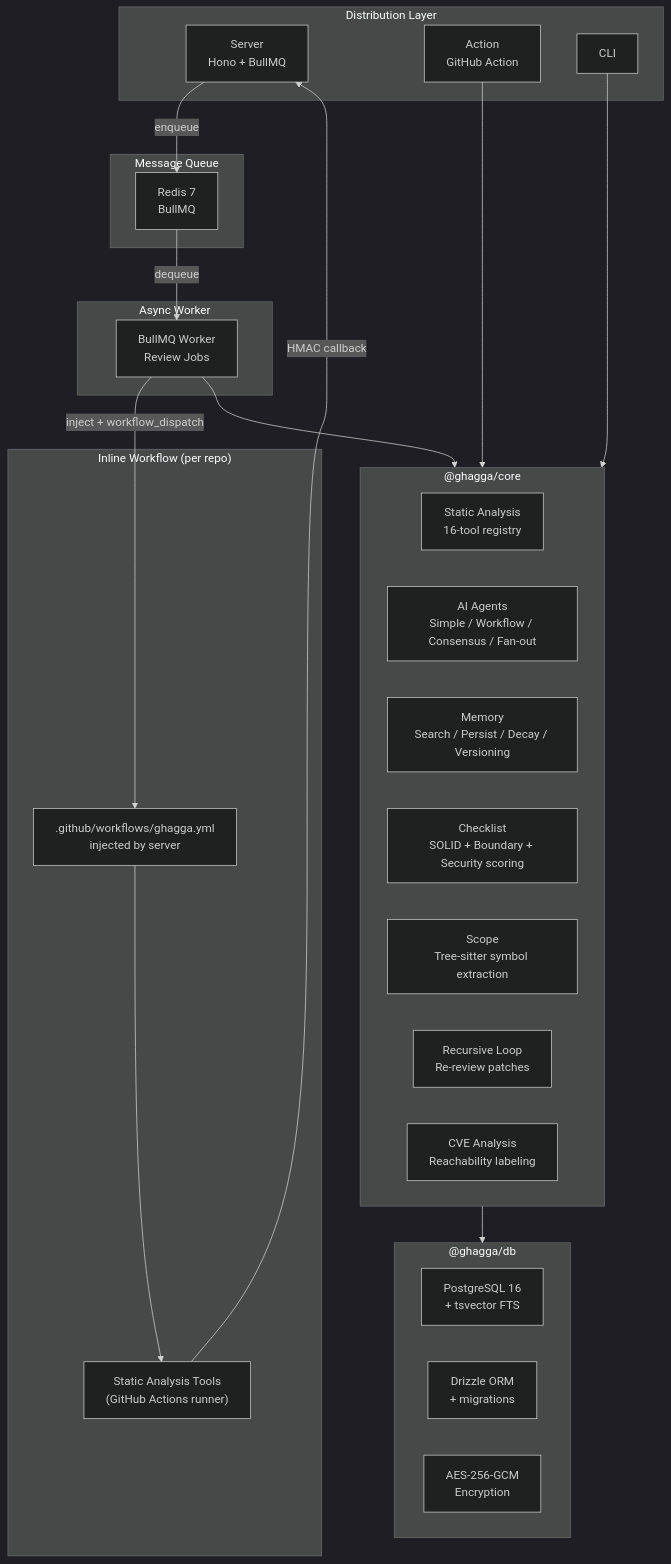
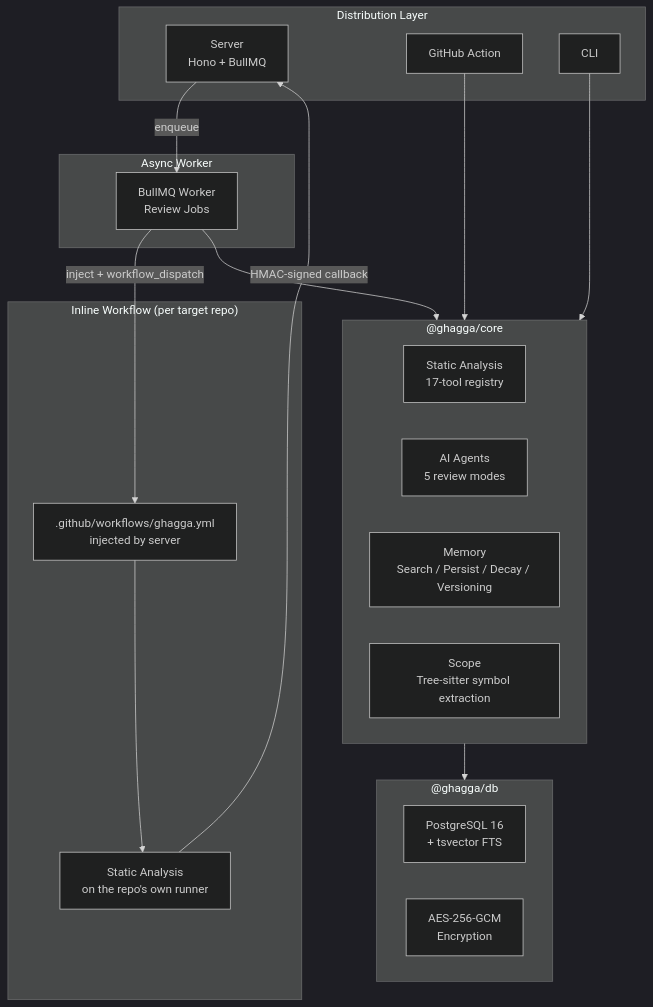
Before and after one commit to JNZader/ghagga: the diagram in README.md, drawn with Mermaid (dark theme). The commit also changed other lines of this file, not shown here.

````diff
--- a/README.md
+++ b/README.md
@@ -450,47 +52,38 @@
 ```mermaid
 graph TB
   subgraph Distribution["Distribution Layer"]
     Server["Server<br/>Hono + BullMQ"]
-    Action["Action<br/>GitHub Action"]
+    Action["GitHub Action"]
     CLI["CLI"]
   end
 
   subgraph Worker["Async Worker"]
     BullMQ["BullMQ Worker<br/>Review Jobs"]
   end
 
-  subgraph Inline["Inline Workflow (per repo)"]
+  subgraph Inline["Inline Workflow (per target repo)"]
     InlineYml[".github/workflows/ghagga.yml<br/>injected by server"]
-    InlineTools["Static Analysis Tools<br/>(GitHub Actions runner)"]
+    InlineTools["Static Analysis<br/>on the repo's own runner"]
   end
 
   subgraph Core["@ghagga/core"]
-    SA["Static Analysis<br/>16-tool registry"]
-    Agents["AI Agents<br/>Simple / Workflow / Consensus / Fan-out"]
+    SA["Static Analysis<br/>17-tool registry"]
+    Agents["AI Agents<br/>5 review modes"]
     Memory["Memory<br/>Search / Persist / Decay / Versioning"]
-    Checklist["Checklist<br/>SOLID + Boundary + Security scoring"]
     Scope["Scope<br/>Tree-sitter symbol extraction"]
-    Recursive["Recursive Loop<br/>Re-review patches"]
-    Exploitability["CVE Analysis<br/>Reachability labeling"]
   end
 
   subgraph DB["@ghagga/db"]
     PG["PostgreSQL 16<br/>+ tsvector FTS"]
-    Drizzle["Drizzle ORM<br/>+ migrations"]
     Crypto["AES-256-GCM<br/>Encryption"]
   end
 
-  subgraph Queue["Message Queue"]
-    Redis["Redis 7<br/>BullMQ"]
-  end
-
-  Server -- enqueue --> Redis
-  Redis -- dequeue --> BullMQ
+  Server -- enqueue --> BullMQ
   BullMQ --> Core
   BullMQ -- "inject + workflow_dispatch" --> InlineYml
   InlineYml --> InlineTools
-  InlineTools -- "HMAC callback" --> Server
+  InlineTools -- "HMAC-signed callback" --> Server
   Action --> Core
   CLI --> Core
   Core --> DB
 ```
````
